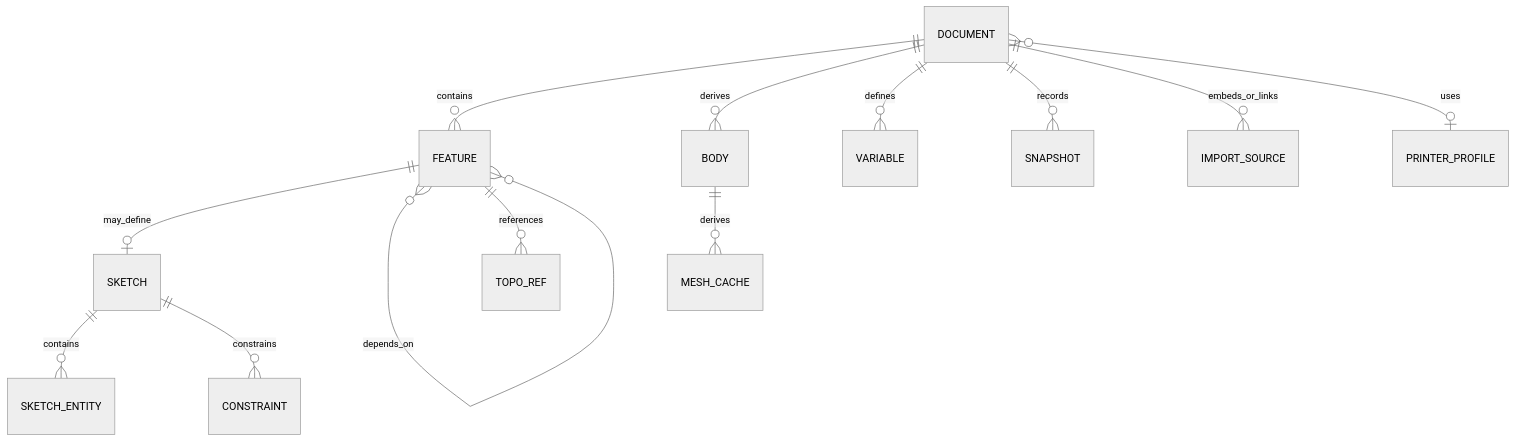
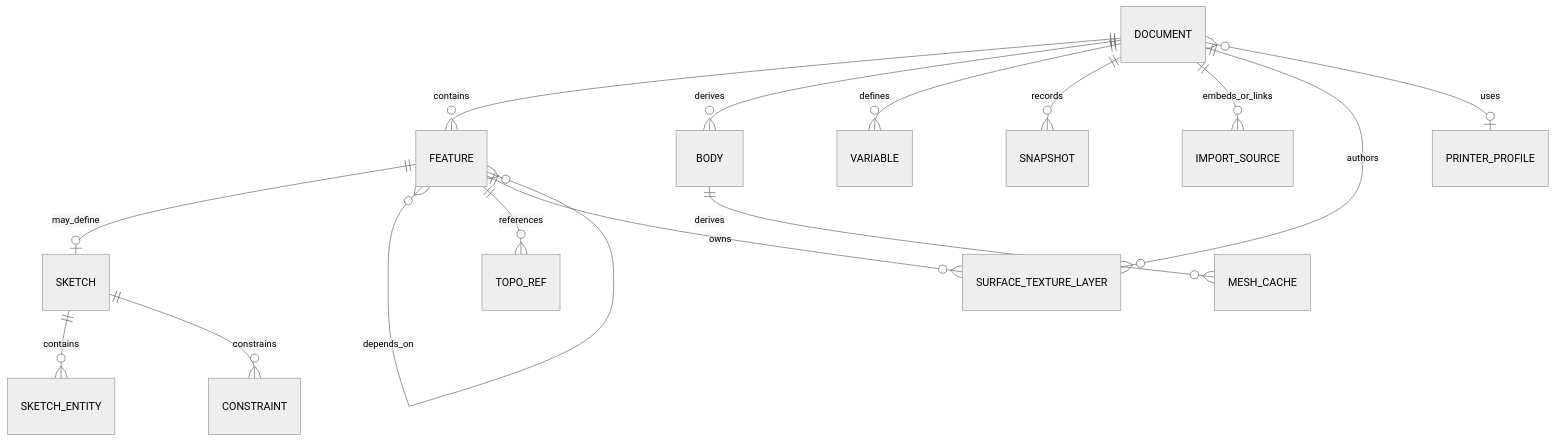
One commit to kolengri/VibeShape changed the diagram in docs/architecture/data-model-and-file-format.md. Above: the diagram before and after it, drawn with Mermaid (neutral theme). The commit also changed other lines of this file and 110 other files, not shown here.

Commit message:
feat(modeling): add editable surface texture layers

````diff
--- a/docs/architecture/data-model-and-file-format.md
+++ b/docs/architecture/data-model-and-file-format.md
@@ -5,15 +5,17 @@
 ```mermaid
 erDiagram
     DOCUMENT ||--o{ FEATURE : contains
     DOCUMENT ||--o{ BODY : derives
     DOCUMENT ||--o{ VARIABLE : defines
     DOCUMENT ||--o{ SNAPSHOT : records
     DOCUMENT ||--o{ IMPORT_SOURCE : embeds_or_links
     FEATURE ||--o| SKETCH : may_define
     FEATURE }o--o{ FEATURE : depends_on
     FEATURE ||--o{ TOPO_REF : references
+    DOCUMENT ||--o{ SURFACE_TEXTURE_LAYER : authors
+    FEATURE ||--o{ SURFACE_TEXTURE_LAYER : owns
     SKETCH ||--o{ SKETCH_ENTITY : contains
     SKETCH ||--o{ CONSTRAINT : constrains
     BODY ||--o{ MESH_CACHE : derives
     DOCUMENT }o--o| PRINTER_PROFILE : uses
 ```
````
